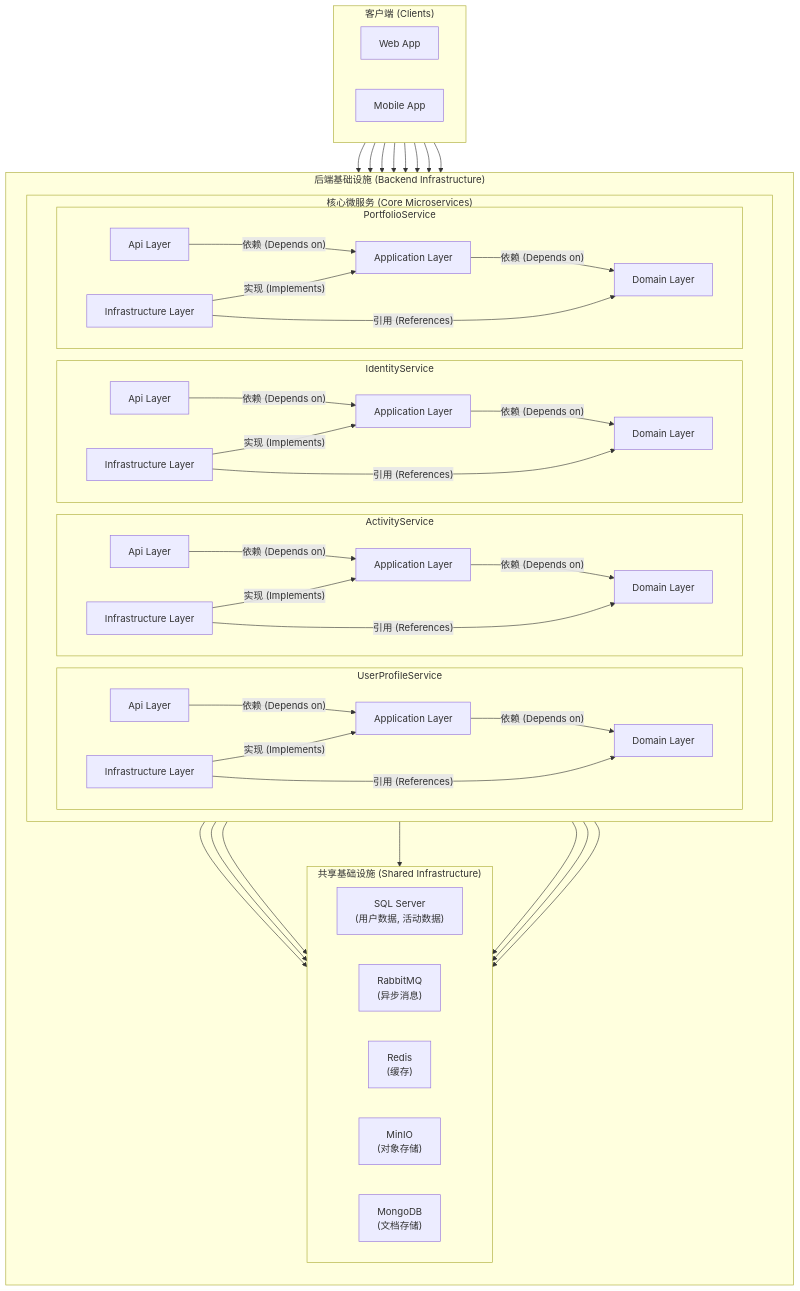
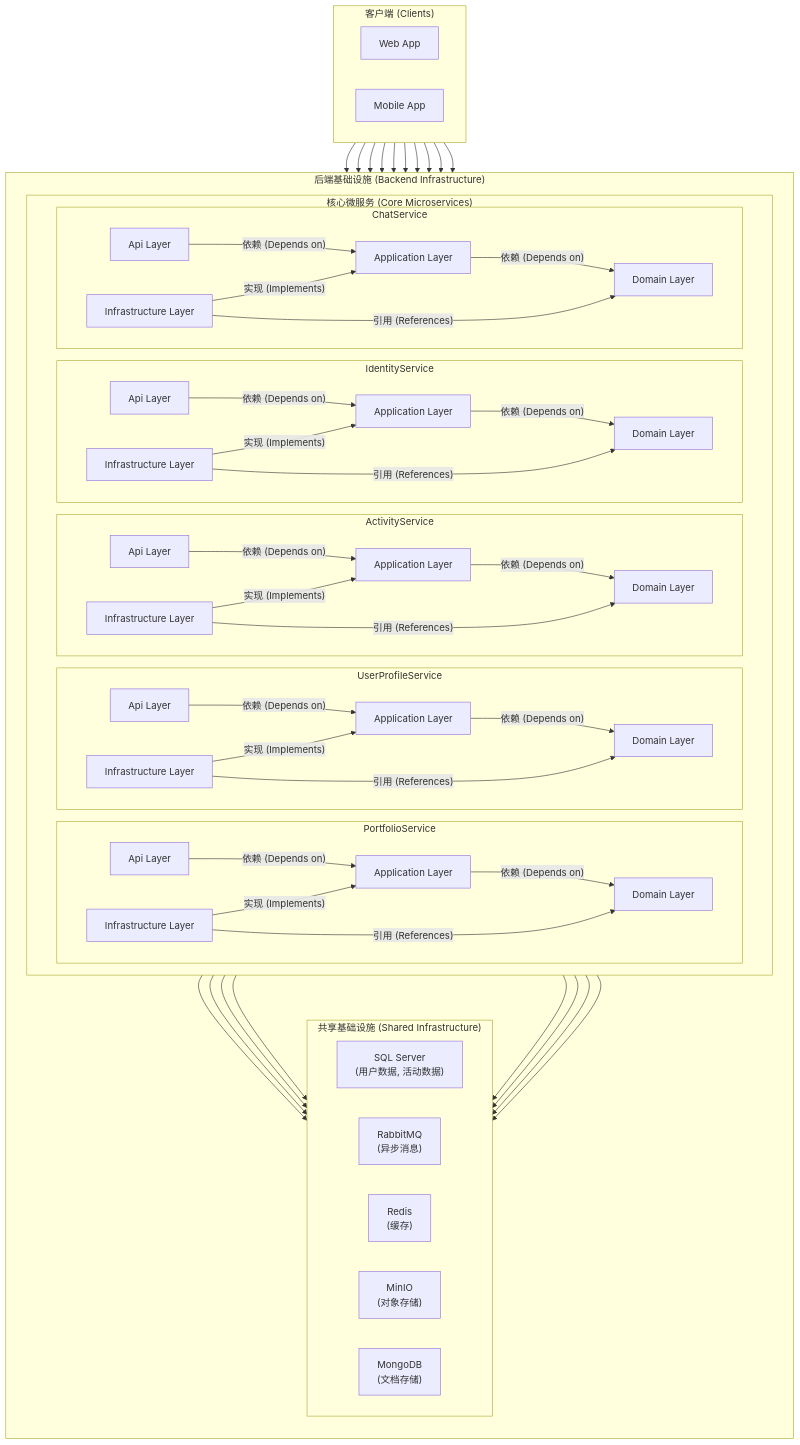
One commit to MadDogFG/AperturePlus changed the diagram in README.md. Above: the diagram before and after it, drawn with Mermaid. The commit also changed other lines of this file and 5 other files, not shown here.

````diff
--- a/README.md
+++ b/README.md
@@ -57,6 +58,13 @@
                 Domain4["Domain Layer"]
                 Infra4["Infrastructure Layer"]
             end
+
+            subgraph "ChatService"
+                Api5["Api Layer"]
+                App5["Application Layer"]
+                Domain5["Domain Layer"]
+                Infra5["Infrastructure Layer"]
+            end
         end
 
         subgraph "共享基础设施 (Shared Infrastructure)"
@@ -88,11 +96,17 @@
         App4 -- "依赖 (Depends on)" --> Domain4
         Infra4 -- "实现 (Implements)" --> App4
         Infra4 -- "引用 (References)" --> Domain4
+
+        Api5 -- "依赖 (Depends on)" --> App5
+        App5 -- "依赖 (Depends on)" --> Domain5
+        Infra5 -- "实现 (Implements)" --> App5
+        Infra5 -- "引用 (References)" --> Domain5
         
         Infra1 --> SQLServer
         Infra2 --> SQLServer
         Infra3 --> SQLServer
         Infra4 --> SQLServer
+        Infra5 --> Mongo
         
         Api1 --> RabbitMQ
         Api2 --> RabbitMQ
@@ -103,8 +117,10 @@
     WebApp --> Api2
     WebApp --> Api3
     WebApp --> Api4
+    WebApp --> Api5
     MobileApp --> Api1
     MobileApp --> Api2
     MobileApp --> Api3
     MobileApp --> Api4
+    MobileApp --> Api5
 ```
````
